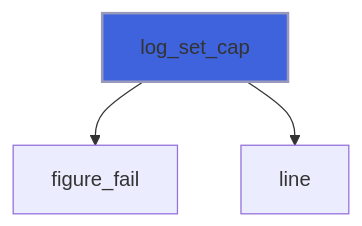
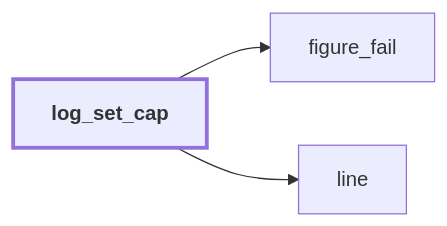
One commit to szaghi/figure changed the tenth of 16 diagrams in docs/api/src/lib/figure_process.md. Above: the diagram before and after it, drawn with Mermaid. The commit also changed other lines of this file and 54 other files, not shown here.

````diff
--- a/docs/api/src/lib/figure_process.md
+++ b/docs/api/src/lib/figure_process.md
@@ -387,6 +423,8 @@
 ```mermaid
-flowchart TD
+flowchart LR
   log_set_cap["log_set_cap"] --> figure_fail["figure_fail"]
   log_set_cap["log_set_cap"] --> line["line"]
-  style log_set_cap fill:#3e63dd,stroke:#99b,stroke-width:2px
+  classDef focus stroke-width:3px,font-weight:bold
+  class log_set_cap focus
+  click figure_fail href "figure_base.html#figure-fail" "figure_fail"
 ```
````
